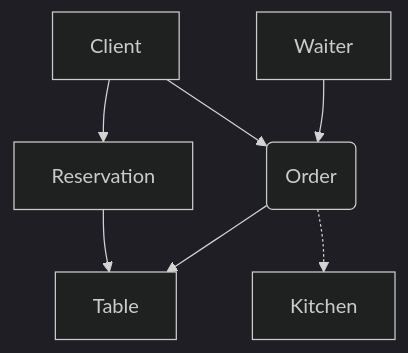
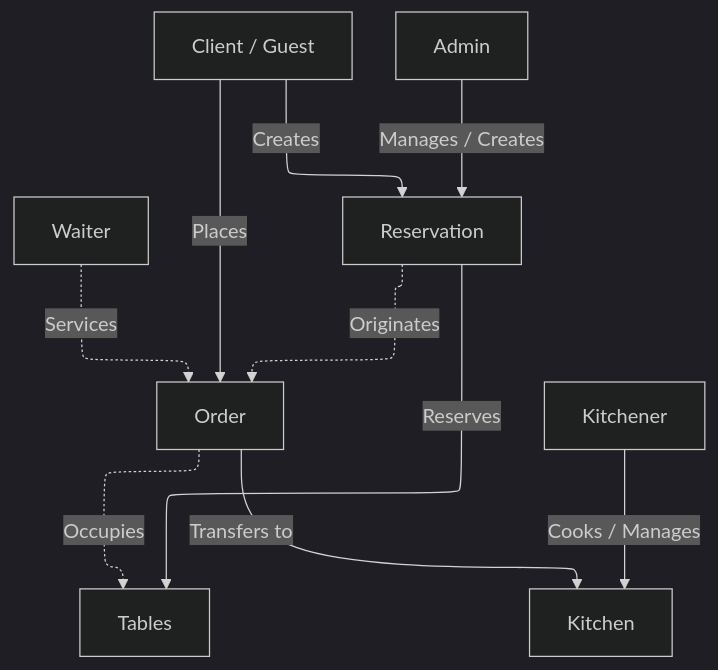
The diagram in spec.md (cyjiky/TableFlow), drawn with Mermaid (dark theme) before and after one commit. The commit also changed other lines of this file and 1 other file, not shown here.

Commit message:
Synchronize interaction diagrams and refine project specification

````diff
--- a/spec.md
+++ b/spec.md
@@ -57,9 +67,28 @@
 ```mermaid
+---
+config:
+    layout: elk
+---
 graph TD
-    C[Client] --> R[Reservation]
-    C --> O(Order)
-    W[Waiter] --> O
-    R --> T[Table]
-    O --> T
-    O -.-> K[Kitchen]
+    C[Client / Guest]
+    A[Admin]
+    W[Waiter]
+    R[Reservation]
+    O[Order]
+    T[Tables]
+    K[Kitchen]
+    K_[Kitchener]
+
+    C -->|Creates| R
+    A -->|Manages / Creates| R
+
+    C -->|Places| O
+    R -.->|Originates| O
+    W -.->|Services| O
+
+    R -->|Reserves| T
+    O -.->|Occupies| T
+    O -->|Transfers to| K
+
+    K_ -->|Cooks / Manages| K
 ```
````
